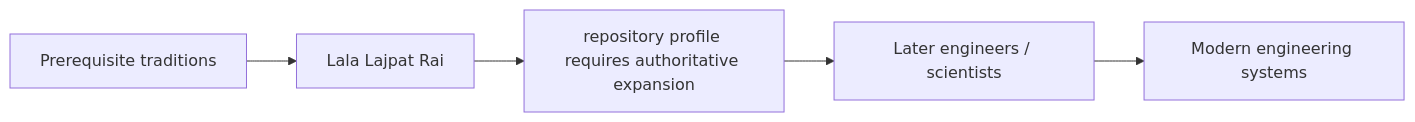
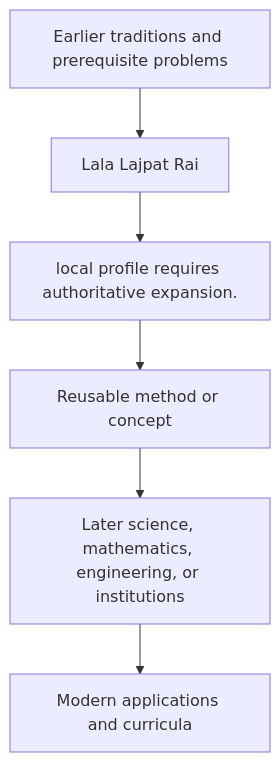
Before and after one commit to via-decide/ViaLogic: the diagram in docs/history/lala-lajpat-rai/influence.md, drawn with Mermaid. The commit also changed other lines of this file and 858 other files, not shown here.

````diff
--- a/docs/history/lala-lajpat-rai/influence.md
+++ b/docs/history/lala-lajpat-rai/influence.md
@@ -29,7 +16,8 @@
 ```mermaid
-graph LR
-  prerequisites["Prerequisite traditions"] --> current["Lala Lajpat Rai"]
-  current --> contribution["repository profile requires authoritative expansion"]
-  contribution --> successors["Later engineers / scientists"]
-  successors --> modern["Modern engineering systems"]
+graph TD
+  Prior[Earlier traditions and prerequisite problems] --> Person[Lala Lajpat Rai]
+  Person --> Contribution[local profile requires authoritative expansion.]
+  Contribution --> Method[Reusable method or concept]
+  Method --> Later[Later science, mathematics, engineering, or institutions]
+  Later --> Modern[Modern applications and curricula]
 ```
````
